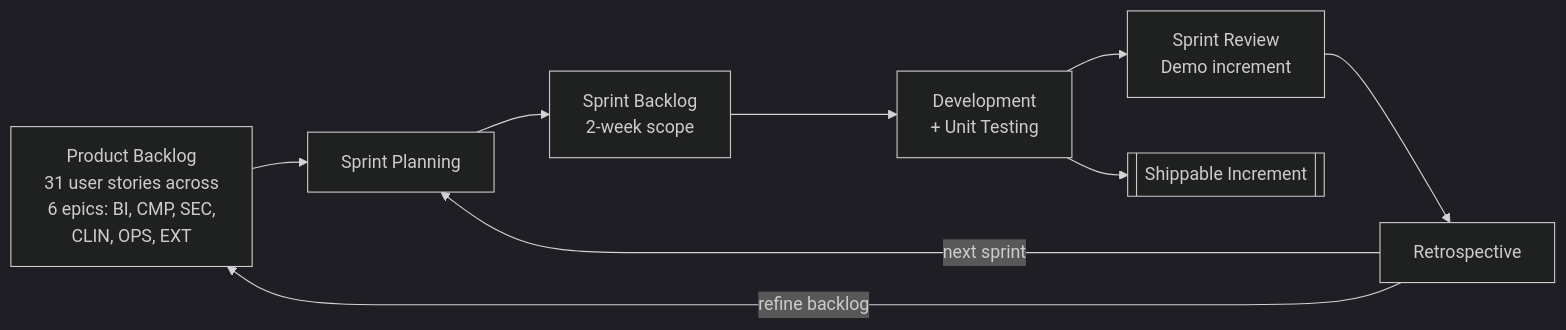
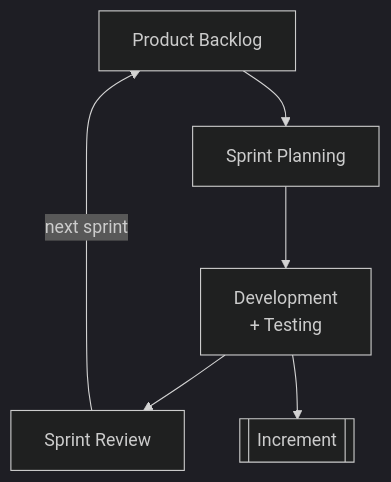
The first of 9 diagrams in ehr-blockchain/docs/chapter3-diagrams.md (justrhey/capstone), drawn with Mermaid (dark theme) before and after one commit. The commit also changed other lines of this file and 173 other files, not shown here.

````diff
--- a/ehr-blockchain/docs/chapter3-diagrams.md
+++ b/ehr-blockchain/docs/chapter3-diagrams.md
@@ -11,15 +13,12 @@
 ```mermaid
-flowchart LR
-    PB[Product Backlog<br/>31 user stories across<br/>6 epics: BI, CMP, SEC,<br/>CLIN, OPS, EXT]
+flowchart TB
+    PB[Product Backlog]
     SP[Sprint Planning]
-    SB[Sprint Backlog<br/>2-week scope]
-    DEV[Development<br/>+ Unit Testing]
-    REV[Sprint Review<br/>Demo increment]
-    RETRO[Retrospective]
-    INC[[Shippable Increment]]
+    DEV[Development<br/>+ Testing]
+    REV[Sprint Review]
+    INC[[Increment]]
 
-    PB --> SP --> SB --> DEV --> REV --> RETRO
-    RETRO -->|refine backlog| PB
+    PB --> SP --> DEV --> REV
     DEV --> INC
-    RETRO -->|next sprint| SP
+    REV -->|next sprint| PB
 ```
````
